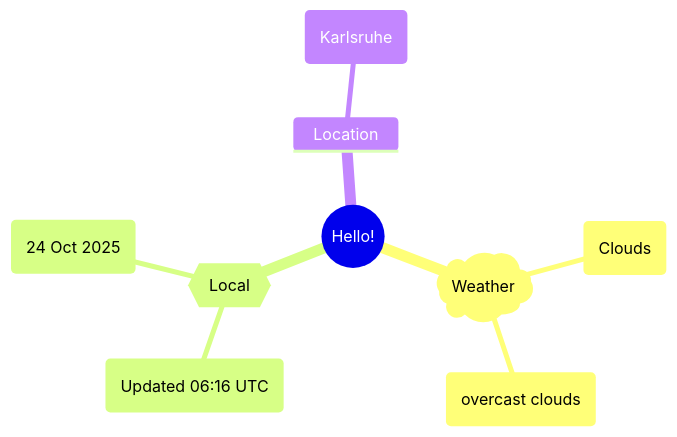
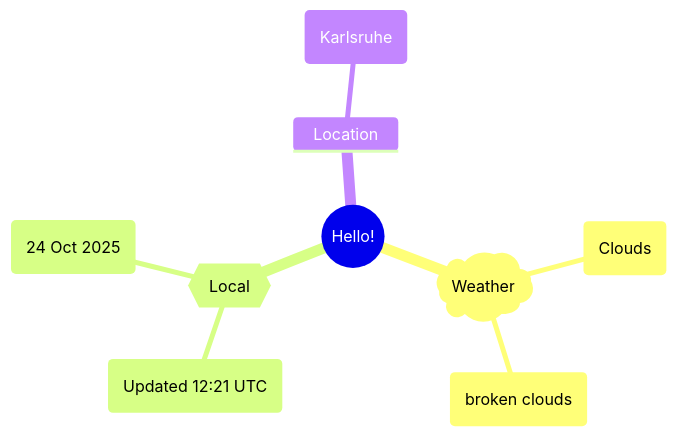
One commit to Xosrov/Xosrov changed the first of 2 diagrams in README.md. Above: the diagram before and after it, drawn with Mermaid.

Commit message:
[bot] updated images

````diff
--- a/README.md
+++ b/README.md
@@ -3,12 +3,12 @@
 ```mermaid
 mindmap
   root((Hello!))
     )Weather(
         (Clouds)
-        (overcast clouds)
+        (broken clouds)
     {{Local}}
-        (Updated 06:16 UTC)
+        (Updated 12:21 UTC)
         (24 Oct 2025)
     Location
         (Karlsruhe)
 ```
````
